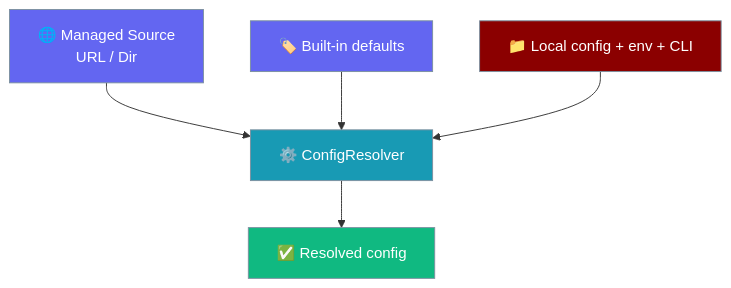
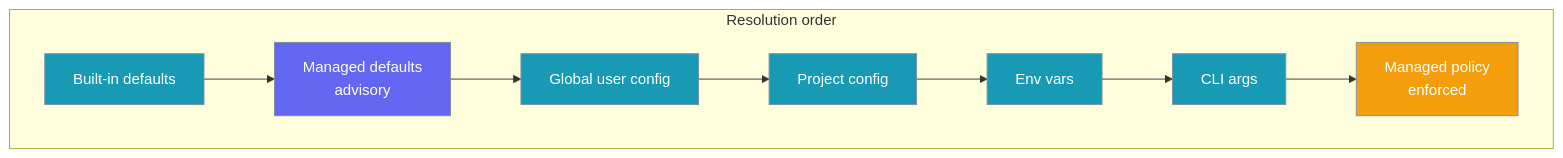
One commit to MervinPraison/PraisonAIDocs changed the first of 3 diagrams in docs/features/managed-config.mdx. Above: the diagram before and after it, drawn with Mermaid. The commit also changed other lines of this file and 1 other file, not shown here.

First line of the commit message:
docs: add Managed Config feature page (fixes #1906)

````diff
--- a/docs/features/managed-config.mdx
+++ b/docs/features/managed-config.mdx
@@ -20,12 +18,21 @@
 ```mermaid
 graph TB
-    S[🌐 Managed Source<br/>URL / Dir]:::config --> R[⚙️ ConfigResolver]:::process
-    D[🏷️ Built-in defaults]:::config --> R
-    L[📁 Local config + env + CLI]:::agent --> R
-    R --> C[✅ Resolved config]:::result
+    subgraph "Resolution order"
+        D0[Built-in defaults]
+        D1[Managed defaults<br/>advisory]
+        D2[Global user config]
+        D3[Project config]
+        D4[Env vars]
+        D5[CLI args]
+        DP[Managed policy<br/>enforced]
+        D0 --> D1 --> D2 --> D3 --> D4 --> D5 --> DP
+    end
 
-    classDef agent fill:#8B0000,stroke:#7C90A0,color:#fff
-    classDef process fill:#189AB4,stroke:#7C90A0,color:#fff
-    classDef config fill:#6366F1,stroke:#7C90A0,color:#fff
-    classDef result fill:#10B981,stroke:#7C90A0,color:#fff
+    classDef advisory fill:#6366F1,stroke:#7C90A0,color:#fff
+    classDef local fill:#189AB4,stroke:#7C90A0,color:#fff
+    classDef policy fill:#F59E0B,stroke:#7C90A0,color:#fff
+
+    class D0,D2,D3,D4,D5 local
+    class D1 advisory
+    class DP policy
 ```
````
